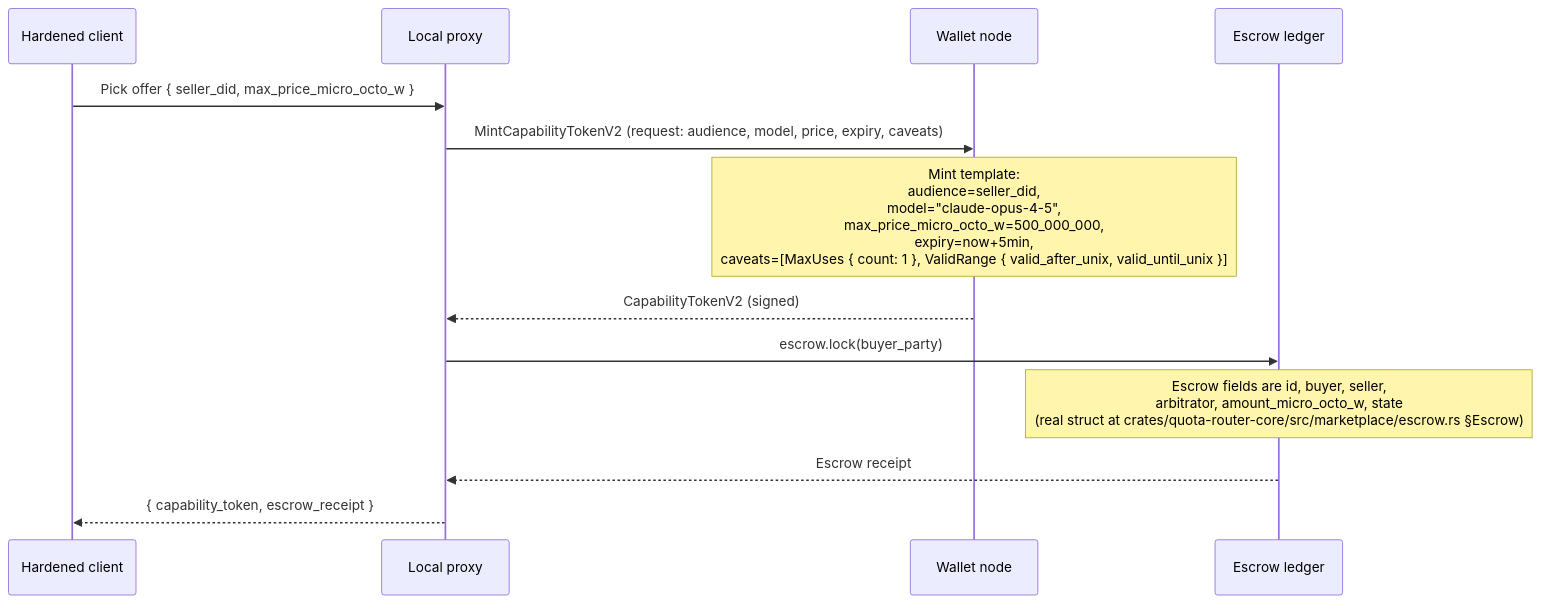
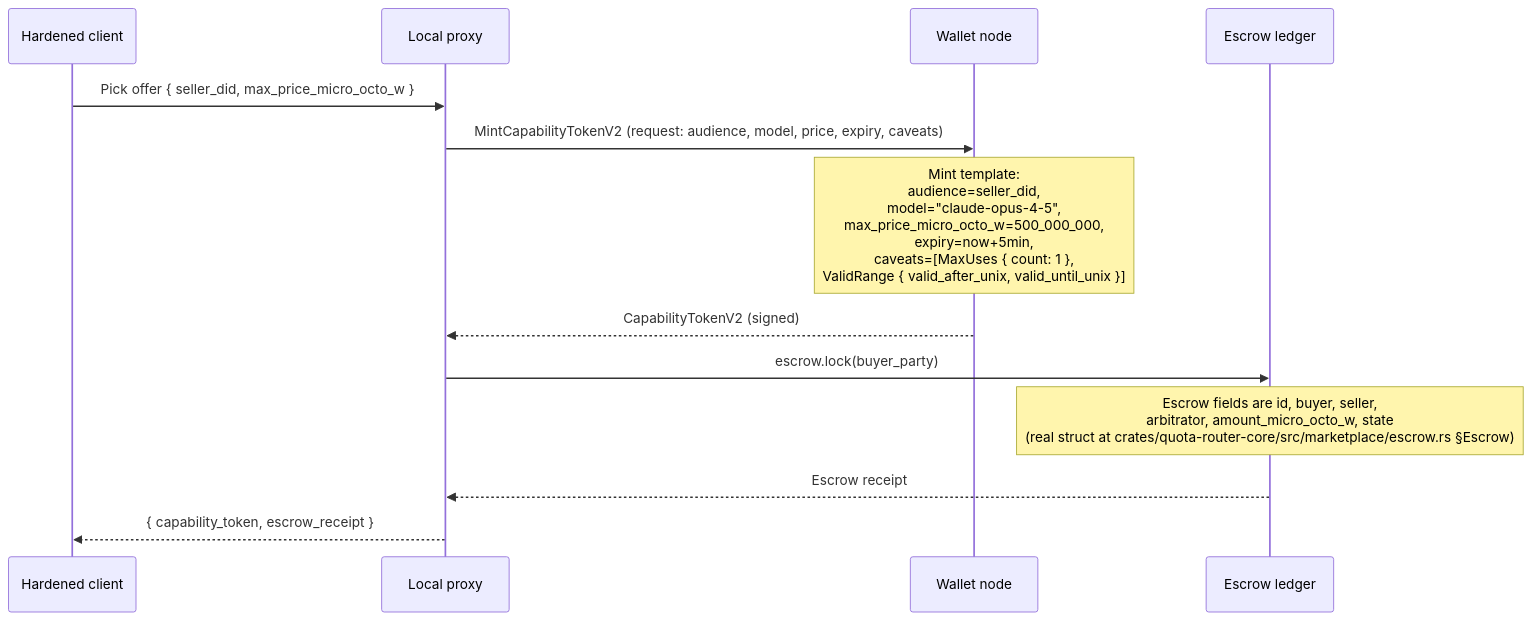
The seventh of 14 diagrams in docs/architecture/end-to-end-scenarios.md (CipherOcto/cipherocto), drawn with Mermaid before and after one commit. The commit also changed other lines of this file, not shown here.

````diff
--- a/docs/architecture/end-to-end-scenarios.md
+++ b/docs/architecture/end-to-end-scenarios.md
@@ -409,16 +409,16 @@
 ```mermaid
 sequenceDiagram
     participant C as Hardened client
     participant P as Local proxy
     participant W as Wallet node
     participant E as Escrow ledger
 
     C->>P: Pick offer { seller_did, max_price_micro_octo_w }
     P->>W: MintCapabilityTokenV2 (request: audience, model, price, expiry, caveats)
-    Note over W: Mint template:<br/>  audience=seller_did,<br/>  model="claude-opus-4-5",<br/>  max_price_micro_octo_w=500_000_000,<br/>  expiry=now+5min,<br/>  caveats=[MaxUses { count: 1 }, ValidRange { valid_after_unix, valid_until_unix }]
+    Note over W: Mint template:<br/>  audience=seller_did,<br/>  model="claude-opus-4-5",<br/>  max_price_micro_octo_w=500_000_000,<br/>  expiry=now+5min,<br/>  caveats=[MaxUses { count: 1 },<br/>           ValidRange { valid_after_unix, valid_until_unix }]
     W-->>P: CapabilityTokenV2 (signed)
     P->>E: escrow.lock(buyer_party)
     Note over E: Escrow fields are id, buyer, seller,<br/>arbitrator, amount_micro_octo_w, state<br/>(real struct at crates/quota-router-core/src/marketplace/escrow.rs §Escrow)
     E-->>P: Escrow receipt
     P-->>C: { capability_token, escrow_receipt }
 ```
````
